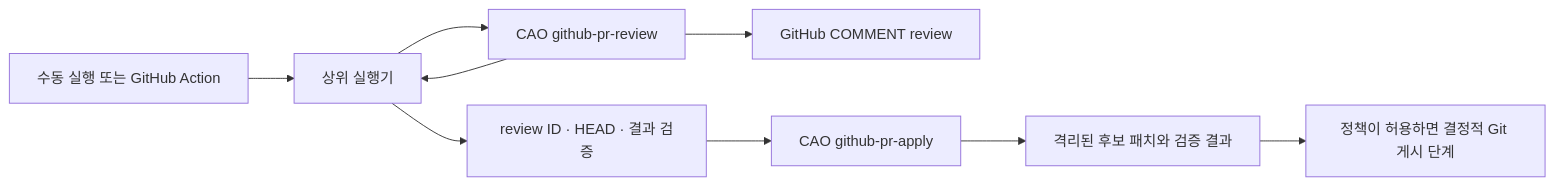
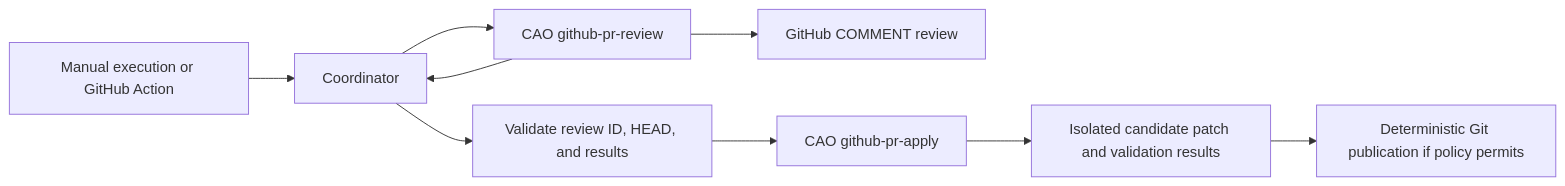
The diagram in docs/GITHUB-PR-REVIEW-APPLY-DESIGN.md (heungtae/cao-workflow), drawn with Mermaid before and after one commit. The commit also changed other lines of this file and 1 other file, not shown here.

````diff
--- a/docs/GITHUB-PR-REVIEW-APPLY-DESIGN.md
+++ b/docs/GITHUB-PR-REVIEW-APPLY-DESIGN.md
@@ -23,11 +25,11 @@
 ```mermaid
 flowchart LR
-  T[수동 실행 또는 GitHub Action] --> O[상위 실행기]
+  T[Manual execution or GitHub Action] --> O[Coordinator]
   O --> R[CAO github-pr-review]
   R --> G[GitHub COMMENT review]
   R --> O
-  O --> V[review ID · HEAD · 결과 검증]
+  O --> V[Validate review ID, HEAD, and results]
   V --> A[CAO github-pr-apply]
-  A --> P[격리된 후보 패치와 검증 결과]
-  P --> W[정책이 허용하면 결정적 Git 게시 단계]
+  A --> P[Isolated candidate patch and validation results]
+  P --> W[Deterministic Git publication if policy permits]
 ```
````
